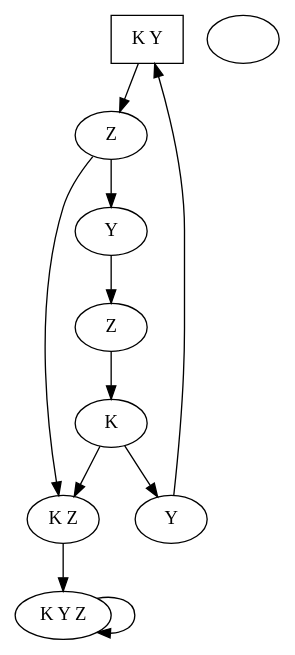
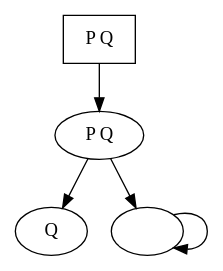
Before and after one commit to f-musa/ctl-model-checker: the diagram in example.dot, drawn with Graphviz. The commit also changed 7 other files, not shown here.

```diff
--- a/example.dot
+++ b/example.dot
@@ -1,22 +1,15 @@
-digraph complex_automaton {
-    /* States with labels */
-    q1 [label="K Y"];
-    q2 [label="Z"];
-    q3 [label="Y"];
-    q4 [label="Z"];
-    q5 [label="K Z"];
-    q6 [label="K Y Z"]; // Adjusted to have X, Y, and Z
-    q7 [label=""];
-    q8 [label="K"];
-    q9 [label="Y"];
+ digraph mon_systeme {
+ /* Liste des n÷uds avec leurs labels séparés par des espaces */
+ q1 [ label =" P Q "];
+ q2 [ label =" P Q "];
+ q3 [ label =" Q "];
+ q4 [ label =""];
 
-    /* Initial State */
-    q1 [shape=box];
+ /* Un seul n÷ud initial */
+ q1 [ shape = box ];
 
-    /* Transitions */
-    q1 -> q2 -> q3 -> q4;
-    q2 -> q5 -> q6;
-    q6 -> q6; // Self-loop on q6 with X, Y, and Z
-    q4 -> q8 -> q5;
-    q8 -> q9 -> q1;
-}
+ /* Transitions */
+ q1 -> q2 -> q3 ;
+ q2 -> q4 ;
+ q4 -> q4 ;
+ }
```
